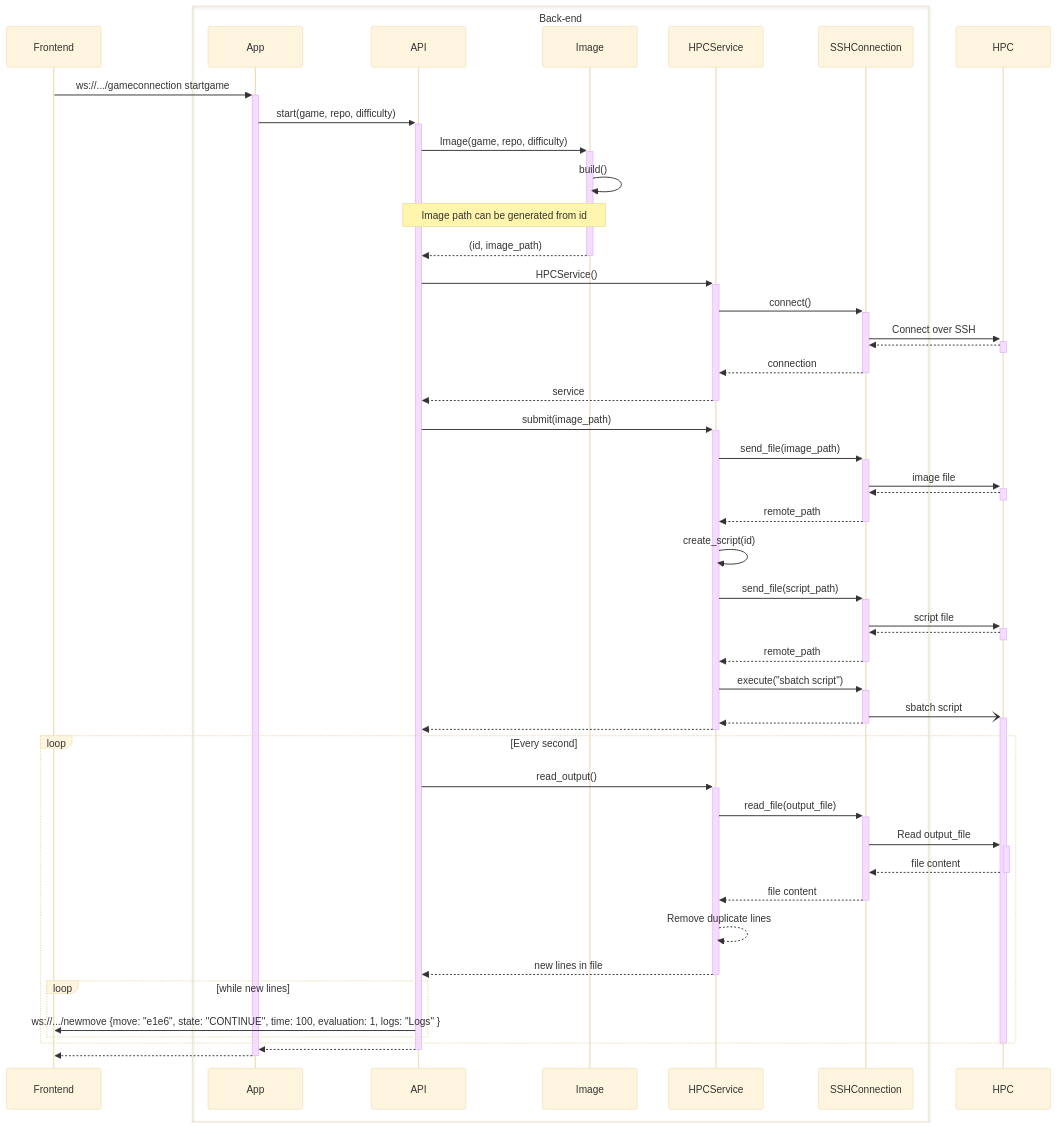
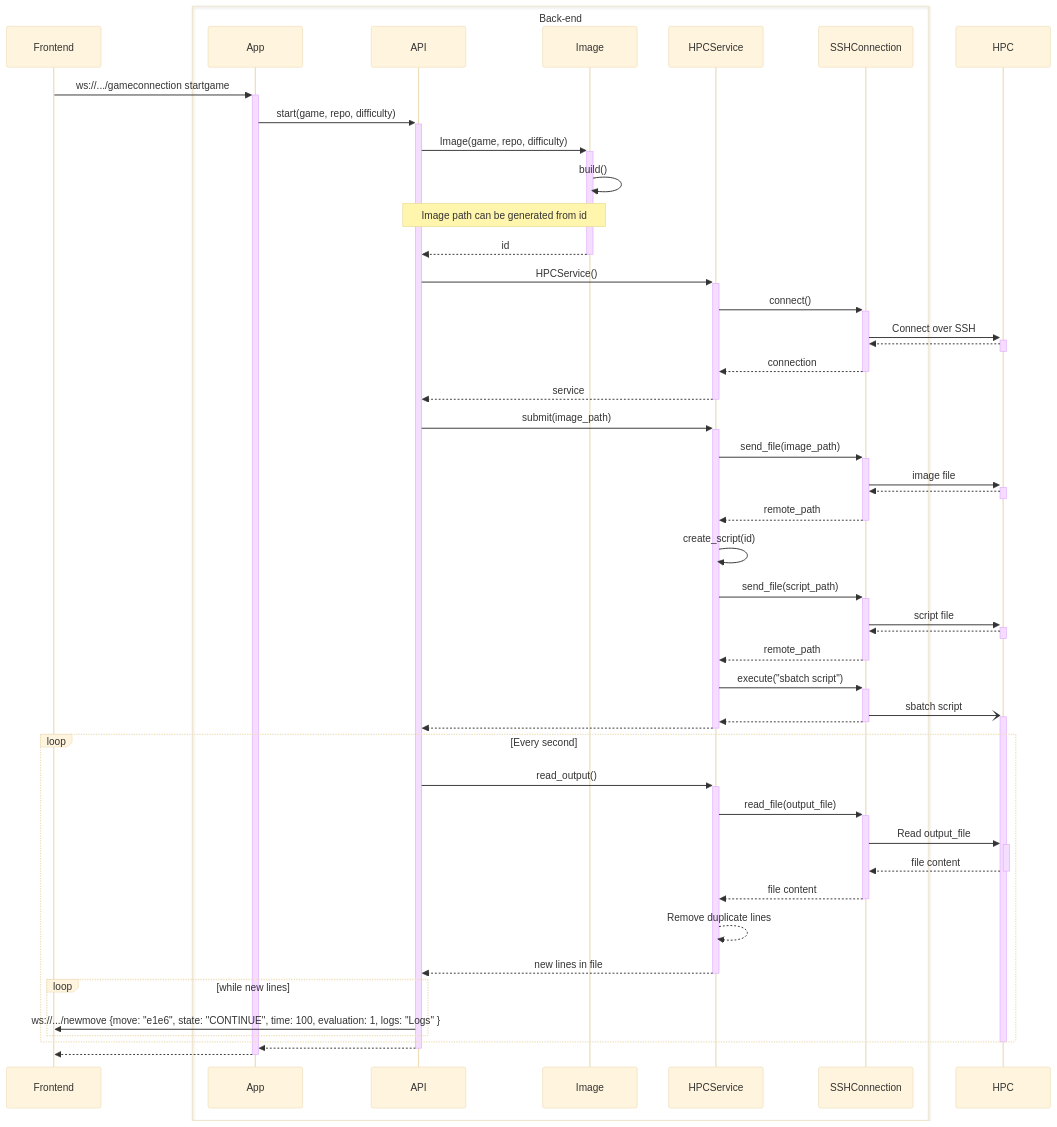
The second of 5 diagrams in docs/architecture.md (game-ai-platform-team/tira-ai-platform), drawn with Mermaid (base theme) before and after one commit. The commit also changed other lines of this file, not shown here.

Commit message:
docs(#124): Update architecture

````diff
--- a/docs/architecture.md
+++ b/docs/architecture.md
@@ -53,68 +53,68 @@
 ```mermaid
 sequenceDiagram
 
 participant Frontend
 
 box Back-end
     participant App
     participant API
     participant Image
     participant HPCService
     participant SSHConnection
 end
 
 Frontend ->>+ App: ws://.../gameconnection startgame
 
 App ->>+ API: start(game, repo, difficulty)
 API ->>+ Image: Image(game, repo, difficulty)
     Image ->> Image: build()
     Note over API, Image: Image path can be generated from id
-Image -->>- API: (id, image_path)
+Image -->>- API: id
 
 API ->>+ HPCService: HPCService()
     HPCService ->>+ SSHConnection: connect()
     SSHConnection ->>+ HPC: Connect over SSH
     HPC -->>- SSHConnection: 
     SSHConnection -->>- HPCService: connection
 HPCService -->>- API: service
 
 API ->>+ HPCService: submit(image_path)
     HPCService ->>+ SSHConnection: send_file(image_path)
         SSHConnection ->>+ HPC: image file
         HPC -->>- SSHConnection: 
     SSHConnection -->>- HPCService: remote_path
 
     HPCService ->> HPCService: create_script(id)
 
     HPCService ->>+ SSHConnection: send_file(script_path)
         SSHConnection ->>+ HPC: script file
         HPC -->>- SSHConnection: 
     SSHConnection -->>- HPCService: remote_path
 
     HPCService ->>+ SSHConnection: execute("sbatch script")
         SSHConnection -)+ HPC: sbatch script
         
     SSHConnection -->>- HPCService: 
 HPCService -->>- API: 
 
 loop Every second
     API ->>+ HPCService: read_output()
         HPCService ->>+ SSHConnection: read_file(output_file)
         SSHConnection ->>+ HPC: Read output_file
         HPC -->>- SSHConnection: file content
         SSHConnection -->>- HPCService: file content
 
         HPCService -->> HPCService: Remove duplicate lines
 
     HPCService -->>- API: new lines in file
 
     loop while new lines
         API ->> Frontend: ws://.../newmove {move: "e1e6", state: "CONTINUE", time: 100, evaluation: 1, logs: "Logs" }
     end
 end
 
 deactivate HPC
 
 API -->>- App: 
 App -->>- Frontend: 
 ```
````
